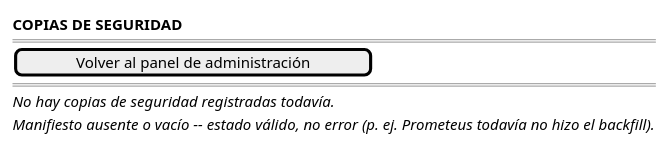
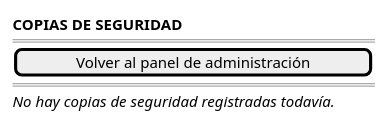
The second of 2 diagrams in RUP/01-requisitos/03-detalle-casos-uso/consultarCopiasSeguridad/wireframes.puml (mmasias/pyCeldaPublico), drawn with PlantUML before and after one commit. The commit also changed other lines of this file and 58 other files, not shown here.

First line of the commit message:
docs: diagramas de requisitos sin notas internas y manual de Cursos académicos y Auditoría (pyCelda 5dcbdc66)

```diff
--- a/RUP/01-requisitos/03-detalle-casos-uso/consultarCopiasSeguridad/wireframes.puml
+++ b/RUP/01-requisitos/03-detalle-casos-uso/consultarCopiasSeguridad/wireframes.puml
@@ -17,10 +16,9 @@
 @startsalt consultarCopiasSeguridad-wireframe-vacia
 {
     <b>COPIAS DE SEGURIDAD</b>
     ====
     [ Volver al panel de administración ]
     ====
     <i>No hay copias de seguridad registradas todavía.</i>
-    <i>Manifiesto ausente o vacío -- estado válido, no error (p. ej. Prometeus todavía no hizo el backfill).</i>
 }
 @endsalt
```
